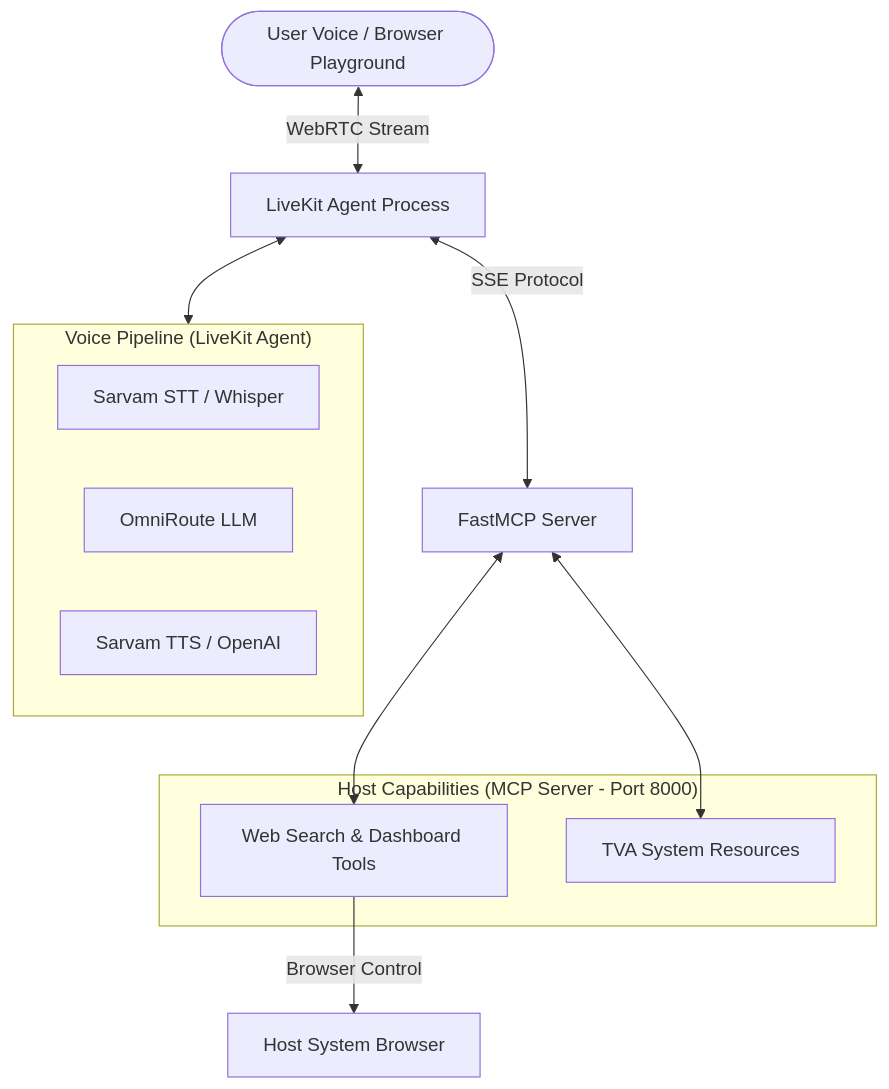
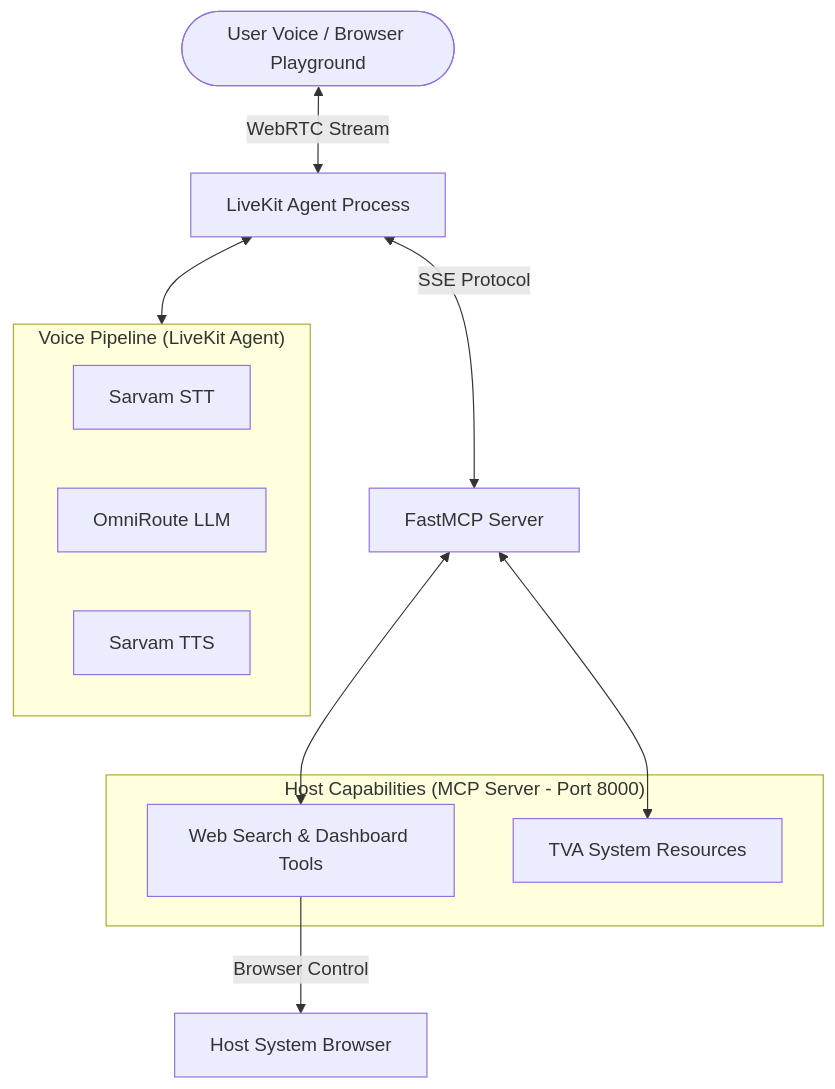
One commit to druva-kiran/Miss-Minutes changed the diagram in README.md. Above: the diagram before and after it, drawn with Mermaid. The commit also changed other lines of this file and 1 other file, not shown here.

Commit message:
Update README and environment example

````diff
--- a/README.md
+++ b/README.md
@@ -13,22 +13,22 @@
 ```mermaid
 flowchart TD
     User([User Voice / Browser Playground]) <-->|WebRTC Stream| LiveKit[LiveKit Agent Process]
     
     subgraph VP["Voice Pipeline (LiveKit Agent)"]
-        STT[Sarvam STT / Whisper]
+        STT[Sarvam STT]
         LLM[OmniRoute LLM]
-        TTS[Sarvam TTS / OpenAI]
+        TTS[Sarvam TTS]
     end
     
     LiveKit <--> VP
     LiveKit <-->|SSE Protocol| MCP[FastMCP Server]
     
     subgraph HC["Host Capabilities (MCP Server - Port 8000)"]
         Tools[Web Search & Dashboard Tools]
         Resources[TVA System Resources]
     end
     
     MCP <--> Tools
     MCP <--> Resources
     Tools -->|Browser Control| Browser[Host System Browser]
 ```
````
